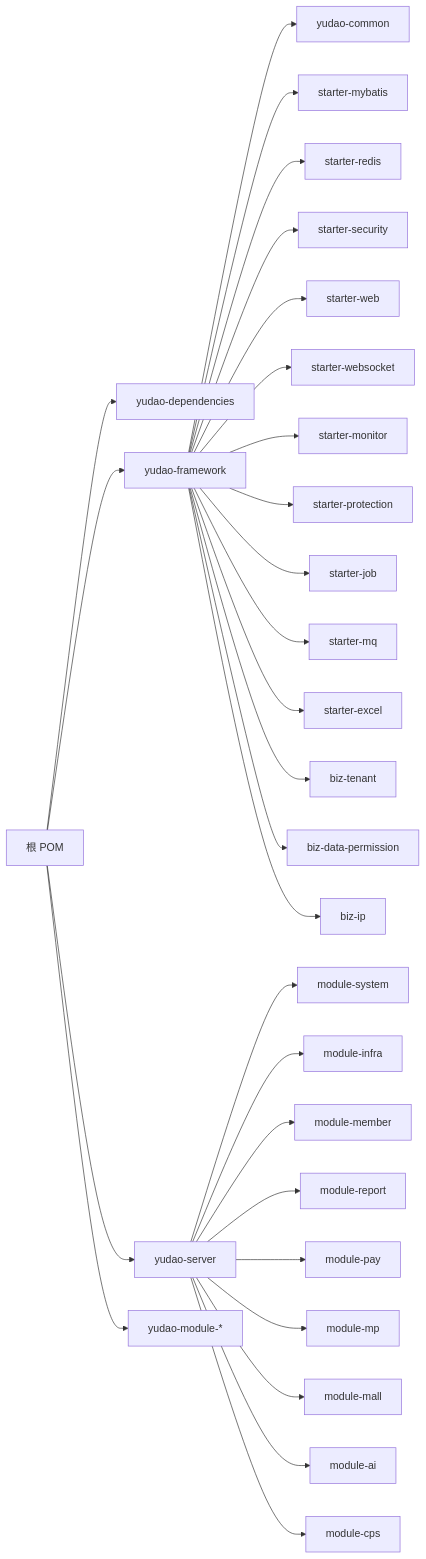
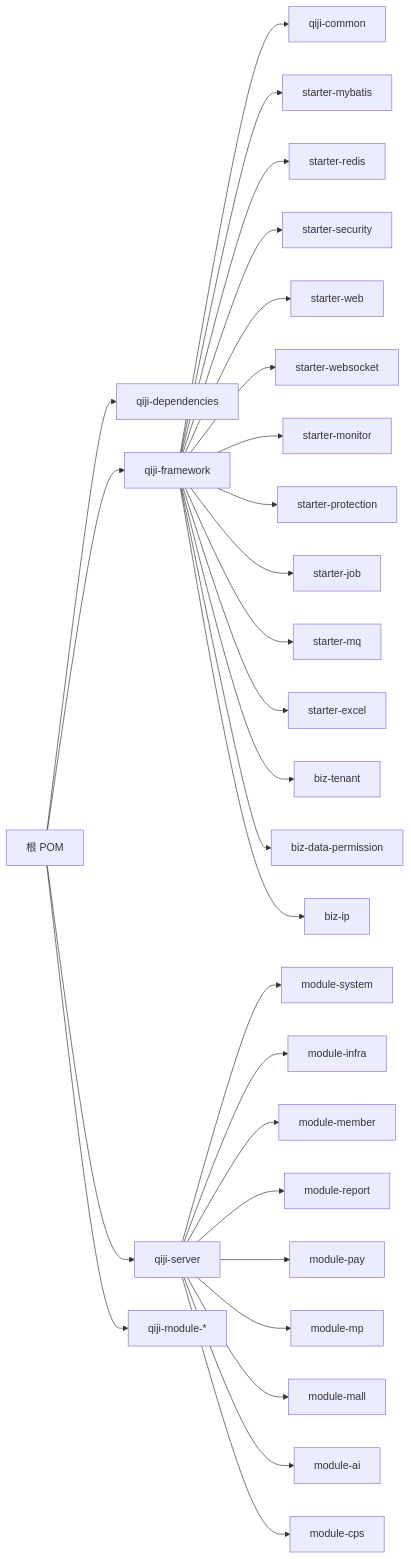
One commit to zhuangpengLI/AgenticCPS changed the fifth of 5 diagrams in backend/.qoder/repowiki/zh/content/系统架构设计/系统架构设计.md. Above: the diagram before and after it, drawn with Mermaid. The commit also changed other lines of this file and 3489 other files, not shown here.

````diff
--- a/backend/.qoder/repowiki/zh/content/系统架构设计/系统架构设计.md
+++ b/backend/.qoder/repowiki/zh/content/系统架构设计/系统架构设计.md
@@ -266,30 +266,30 @@
 ```mermaid
 graph LR
-Root["根 POM"] --> Deps["yudao-dependencies"]
-Root --> Fwk["yudao-framework"]
-Root --> Srv["yudao-server"]
-Root --> Mods["yudao-module-*"]
-Fwk --> FwkCommon["yudao-common"]
+Root["根 POM"] --> Deps["qiji-dependencies"]
+Root --> Fwk["qiji-framework"]
+Root --> Srv["qiji-server"]
+Root --> Mods["qiji-module-*"]
+Fwk --> FwkCommon["qiji-common"]
 Fwk --> FwkMyBatis["starter-mybatis"]
 Fwk --> FwkRedis["starter-redis"]
 Fwk --> FwkSecurity["starter-security"]
 Fwk --> FwkWeb["starter-web"]
 Fwk --> FwkWs["starter-websocket"]
 Fwk --> FwkMonitor["starter-monitor"]
 Fwk --> FwkProtection["starter-protection"]
 Fwk --> FwkJob["starter-job"]
 Fwk --> FwkMq["starter-mq"]
 Fwk --> FwkExcel["starter-excel"]
 Fwk --> FwkTenant["biz-tenant"]
 Fwk --> FwkDataPerm["biz-data-permission"]
 Fwk --> FwkIp["biz-ip"]
 Srv --> Sys["module-system"]
 Srv --> Infra["module-infra"]
 Srv --> Member["module-member"]
 Srv --> Report["module-report"]
 Srv --> Pay["module-pay"]
 Srv --> Mp["module-mp"]
 Srv --> Mall["module-mall"]
 Srv --> Ai["module-ai"]
 Srv --> Cps["module-cps"]
 ```
````
